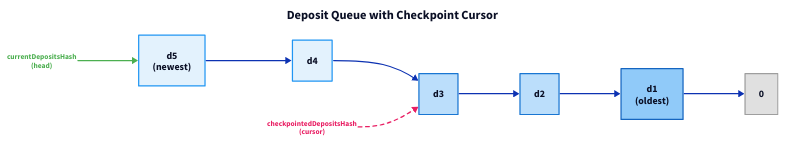
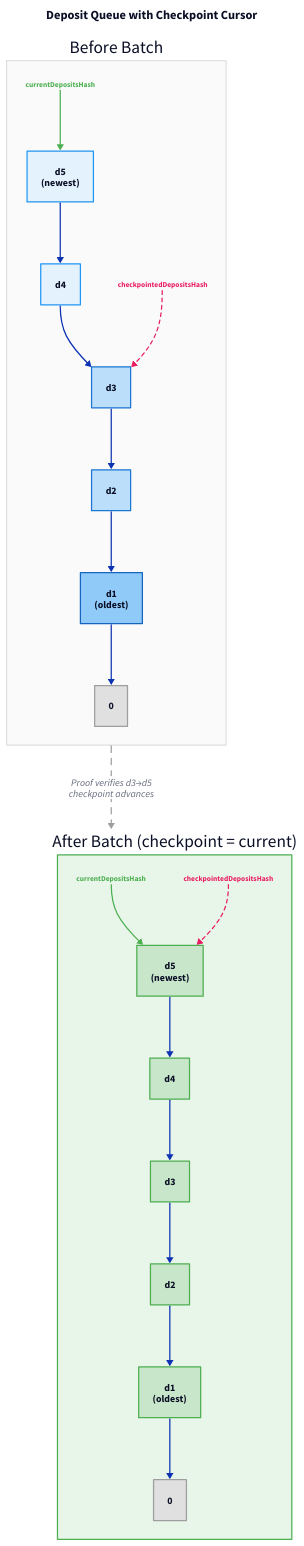
The diagram in docs/diagrams/deposit-queue.d2 (tempoxyz/zones), drawn with D2 before and after one commit. The commit also changed 1 other file, not shown here.

Commit message:
docs: show before/after cursor update in deposit queue diagram

```diff
--- a/docs/diagrams/deposit-queue.d2
+++ b/docs/diagrams/deposit-queue.d2
@@ -1,45 +1,82 @@
-direction: right
+direction: down
 
 title: {
   label: Deposit Queue with Checkpoint Cursor
   near: top-center
   shape: text
   style.font-size: 20
   style.bold: true
 }
 
-# Hash chain - newest outermost
-d5: "d5\n(newest)" { style.fill: "#e3f2fd"; style.stroke: "#2196F3" }
-d4: "d4" { style.fill: "#e3f2fd"; style.stroke: "#2196F3" }
-d3: "d3" { style.fill: "#bbdefb"; style.stroke: "#1976D2" }
-d2: "d2" { style.fill: "#bbdefb"; style.stroke: "#1976D2" }
-d1: "d1\n(oldest)" { style.fill: "#90caf9"; style.stroke: "#1565C0" }
-zero: "0" { style.fill: "#e0e0e0"; style.stroke: "#9e9e9e" }
+before: {
+  label: "Before Batch"
+  style.fill: "#fafafa"
+  style.stroke: "#e0e0e0"
 
-d5 -> d4 -> d3 -> d2 -> d1 -> zero
+  direction: right
 
-# Cursor labels
-current: "currentDepositsHash\n(head)" {
-  shape: text
-  style.font-size: 12
-  style.font-color: "#4CAF50"
-  style.bold: true
+  d5: "d5\n(newest)" { style.fill: "#e3f2fd"; style.stroke: "#2196F3" }
+  d4: "d4" { style.fill: "#e3f2fd"; style.stroke: "#2196F3" }
+  d3: "d3" { style.fill: "#bbdefb"; style.stroke: "#1976D2" }
+  d2: "d2" { style.fill: "#bbdefb"; style.stroke: "#1976D2" }
+  d1: "d1\n(oldest)" { style.fill: "#90caf9"; style.stroke: "#1565C0" }
+  zero: "0" { style.fill: "#e0e0e0"; style.stroke: "#9e9e9e" }
+
+  d5 -> d4 -> d3 -> d2 -> d1 -> zero
+
+  current: "currentDepositsHash" {
+    shape: text
+    style.font-size: 12
+    style.font-color: "#4CAF50"
+    style.bold: true
+  }
+
+  checkpoint: "checkpointedDepositsHash" {
+    shape: text
+    style.font-size: 12
+    style.font-color: "#E91E63"
+    style.bold: true
+  }
+
+  current -> d5: { style.stroke: "#4CAF50"; style.stroke-width: 2 }
+  checkpoint -> d3: { style.stroke: "#E91E63"; style.stroke-width: 2; style.stroke-dash: 3 }
 }
 
-checkpoint: "checkpointedDepositsHash\n(cursor)" {
-  shape: text
-  style.font-size: 12
-  style.font-color: "#E91E63"
-  style.bold: true
+after: {
+  label: "After Batch (checkpoint = current)"
+  style.fill: "#e8f5e9"
+  style.stroke: "#4CAF50"
+
+  direction: right
+
+  d5: "d5\n(newest)" { style.fill: "#c8e6c9"; style.stroke: "#4CAF50" }
+  d4: "d4" { style.fill: "#c8e6c9"; style.stroke: "#4CAF50" }
+  d3: "d3" { style.fill: "#c8e6c9"; style.stroke: "#4CAF50" }
+  d2: "d2" { style.fill: "#c8e6c9"; style.stroke: "#4CAF50" }
+  d1: "d1\n(oldest)" { style.fill: "#c8e6c9"; style.stroke: "#4CAF50" }
+  zero: "0" { style.fill: "#e0e0e0"; style.stroke: "#9e9e9e" }
+
+  d5 -> d4 -> d3 -> d2 -> d1 -> zero
+
+  current: "currentDepositsHash" {
+    shape: text
+    style.font-size: 12
+    style.font-color: "#4CAF50"
+    style.bold: true
+  }
+
+  checkpoint: "checkpointedDepositsHash" {
+    shape: text
+    style.font-size: 12
+    style.font-color: "#E91E63"
+    style.bold: true
+  }
+
+  current -> d5: { style.stroke: "#4CAF50"; style.stroke-width: 2 }
+  checkpoint -> d5: { style.stroke: "#E91E63"; style.stroke-width: 2; style.stroke-dash: 3 }
 }
 
-current -> d5: {
-  style.stroke: "#4CAF50"
-  style.stroke-width: 2
+before -> after: "Proof verifies d3→d5\ncheckpoint advances" {
+  style.stroke: "#9e9e9e"
+  style.stroke-dash: 5
 }
-
-checkpoint -> d3: {
-  style.stroke: "#E91E63"
-  style.stroke-width: 2
-  style.stroke-dash: 3
-}
```
